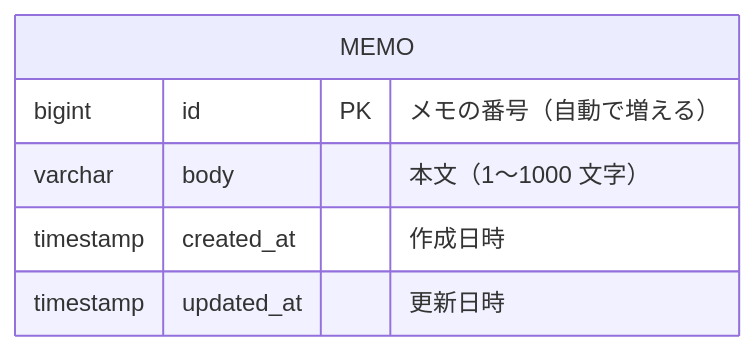
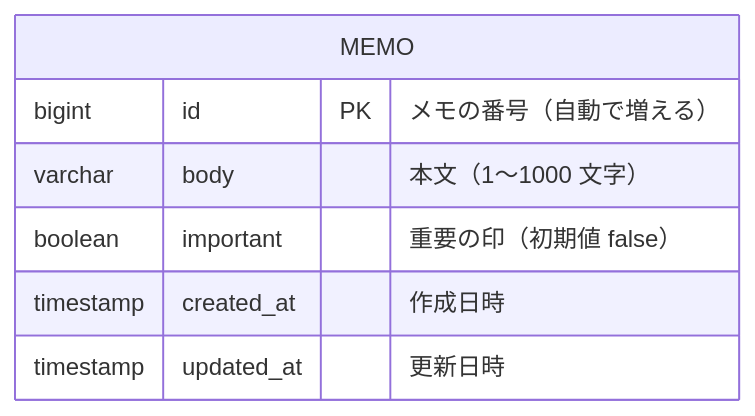
The diagram in docs/data-design.md (shijirou/app-practice-002-memo), drawn with Mermaid before and after one commit. The commit also changed other lines of this file and 4 other files, not shown here.

````diff
--- a/docs/data-design.md
+++ b/docs/data-design.md
@@ -8,9 +8,10 @@
 ```mermaid
 erDiagram
     MEMO {
         bigint id PK "メモの番号（自動で増える）"
         varchar body "本文（1〜1000 文字）"
+        boolean important "重要の印（初期値 false）"
         timestamp created_at "作成日時"
         timestamp updated_at "更新日時"
     }
 ```
````
